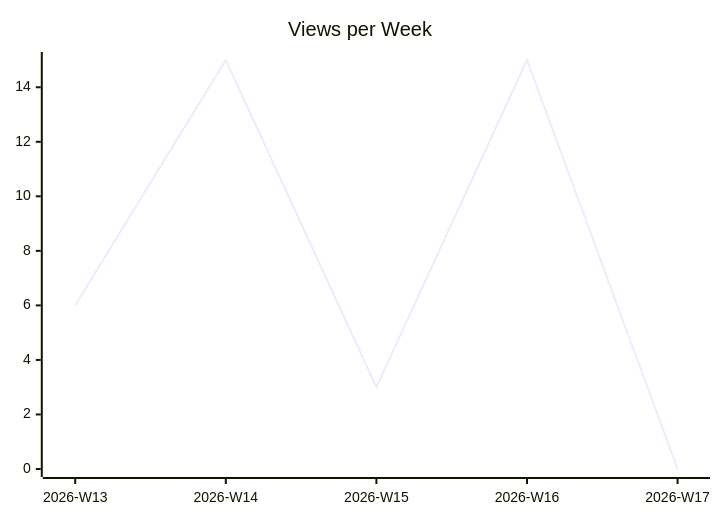
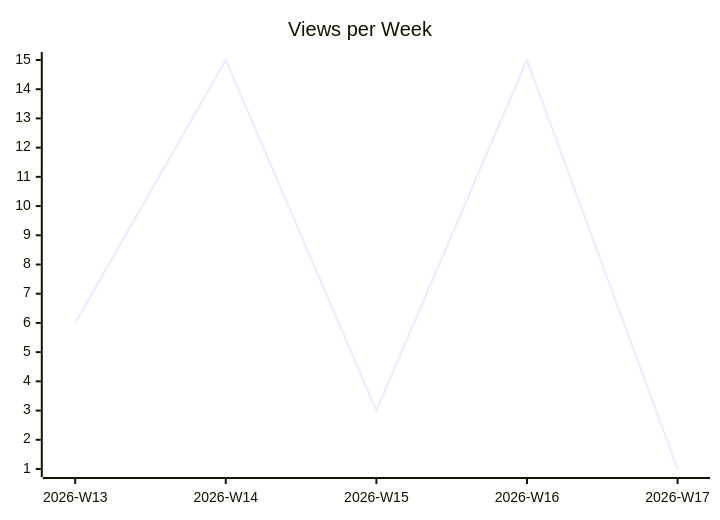
Before and after one commit to justdavis-family/github-analytics-data: the second of 3 diagrams in karlmdavis/ksoap2-android/README.md, drawn with Mermaid. The commit also changed other lines of this file and 198 other files, not shown here.

````diff
--- a/karlmdavis/ksoap2-android/README.md
+++ b/karlmdavis/ksoap2-android/README.md
@@ -12,6 +12,6 @@
 ```mermaid
 xychart-beta
   title "Views per Week"
   x-axis ["2026-W13", "2026-W14", "2026-W15", "2026-W16", "2026-W17"]
-  line [6, 15, 3, 15, 0]
+  line [6, 15, 3, 15, 1]
 ```
````
